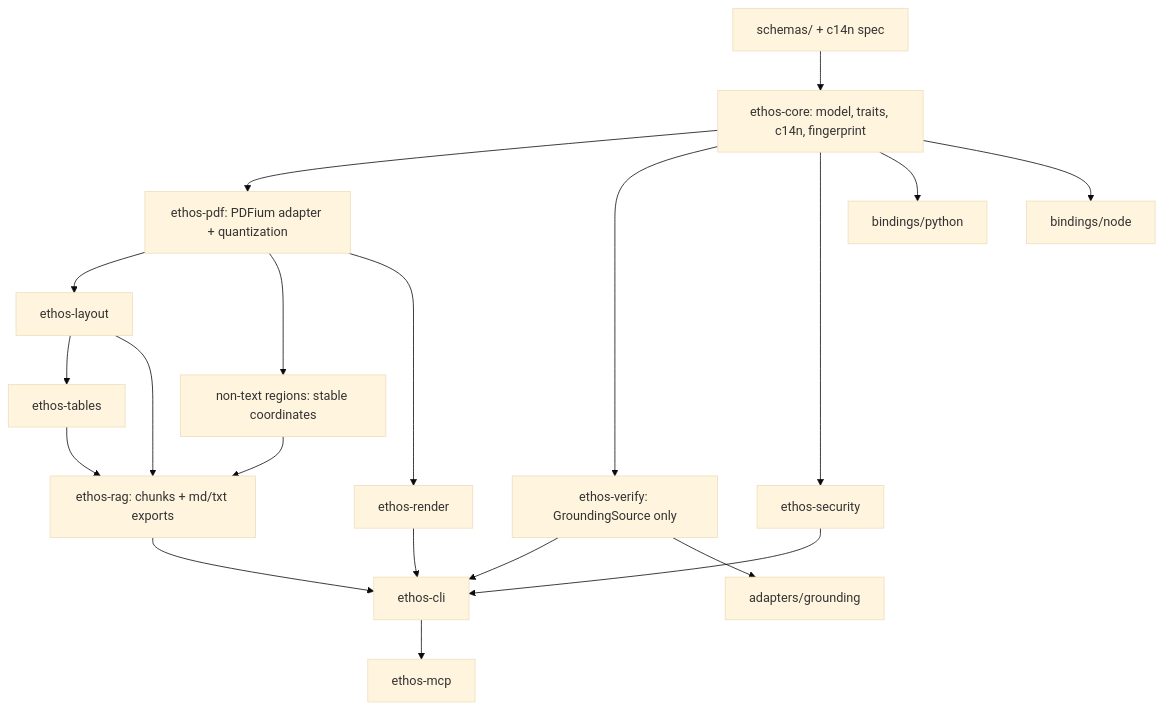
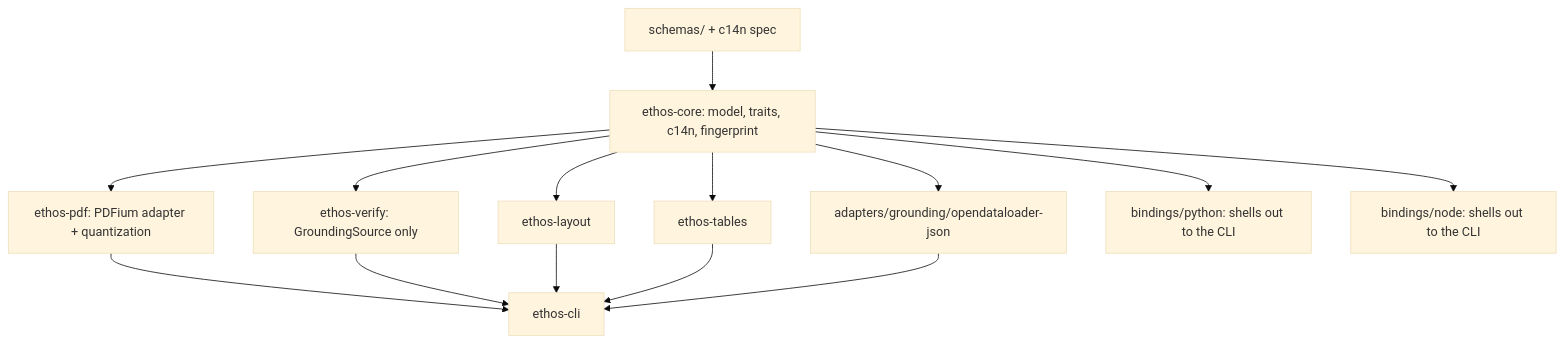
Before and after one commit to docushell/ethos: the diagram in docs/architecture.md, drawn with Mermaid (base theme). The commit also changed other lines of this file and 119 other files, not shown here.

````diff
--- a/docs/architecture.md
+++ b/docs/architecture.md
@@ -25,22 +32,16 @@
 ```mermaid
 graph TD
   SCH[schemas/ + c14n spec] --> CORE[ethos-core: model, traits, c14n, fingerprint]
   CORE --> PDF[ethos-pdf: PDFium adapter + quantization]
   CORE --> VER[ethos-verify: GroundingSource only]
-  PDF --> LAY[ethos-layout]
-  LAY --> TAB[ethos-tables]
-  LAY --> RAG[ethos-rag: chunks + md/txt exports]
-  TAB --> RAG
-  PDF --> REG[non-text regions: stable coordinates]
-  REG --> RAG
-  PDF --> REN[ethos-render]
-  CORE --> SEC[ethos-security]
-  RAG --> CLI[ethos-cli]
+  CORE --> LAY[ethos-layout]
+  CORE --> TAB[ethos-tables]
+  CORE --> GRD[adapters/grounding/opendataloader-json]
+  PDF --> CLI[ethos-cli]
   VER --> CLI
-  REN --> CLI
-  SEC --> CLI
-  CLI --> MCP[ethos-mcp]
-  CORE --> PYB[bindings/python]
-  CORE --> NOB[bindings/node]
-  VER --> GRD[adapters/grounding]
+  LAY --> CLI
+  TAB --> CLI
+  GRD --> CLI
+  CORE --> PYB[bindings/python: shells out to the CLI]
+  CORE --> NOB[bindings/node: shells out to the CLI]
 ```
````
